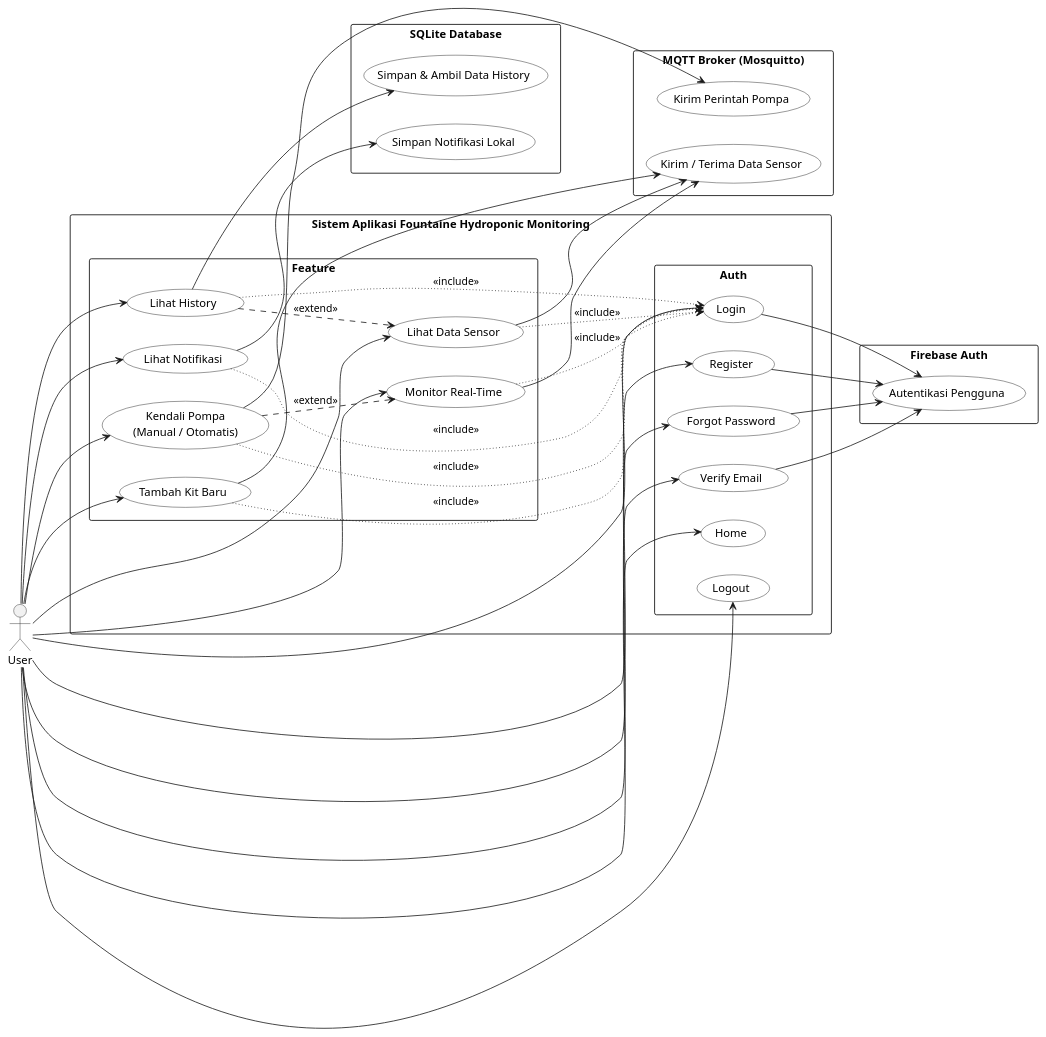
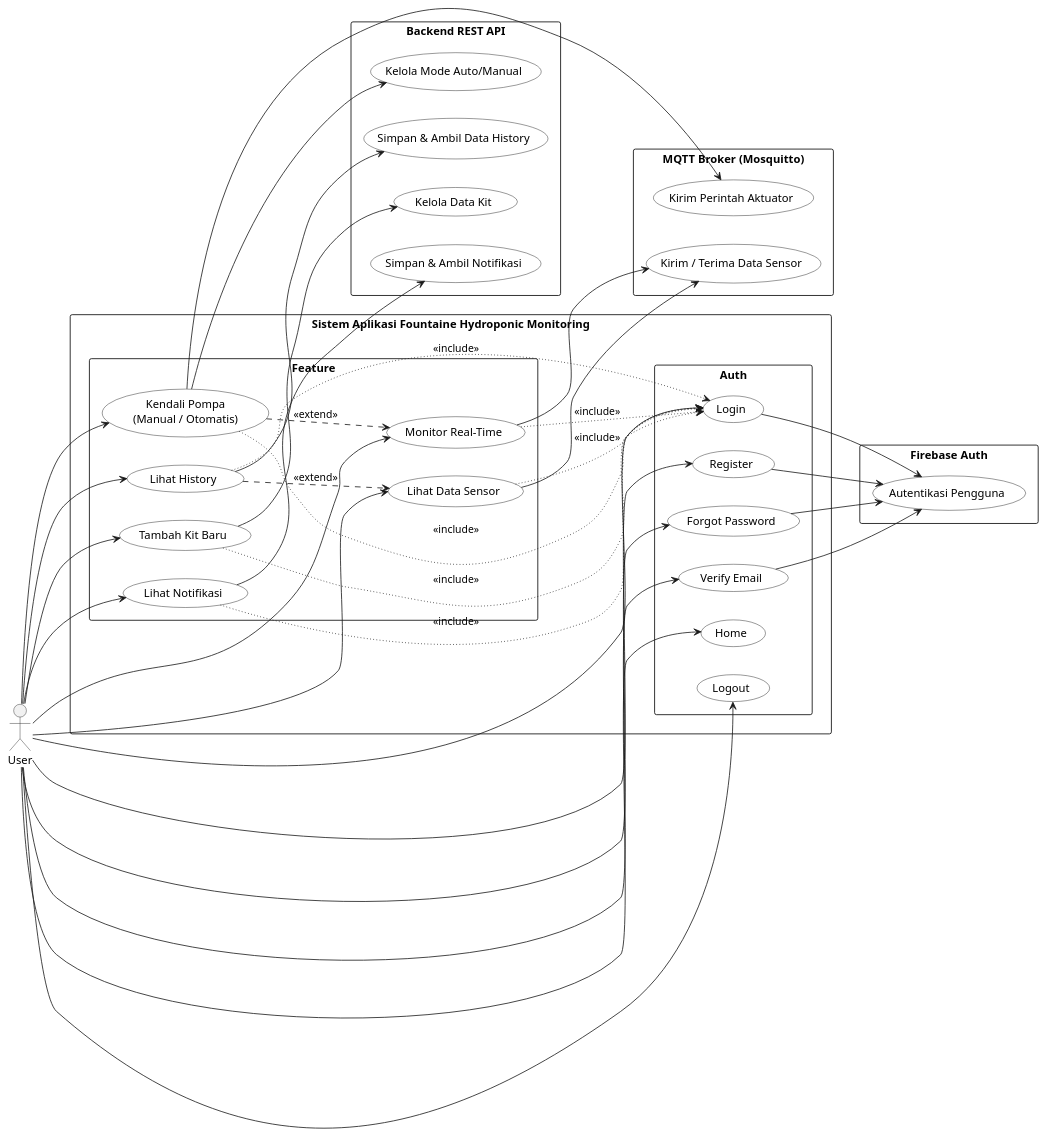
Before and after one commit to DarmawanWisnu/flutter-cea-system: the diagram in docs/diagrams/usecase/usecase_detailed.puml, drawn with PlantUML. The commit also changed 29 other files, not shown here.

```diff
--- a/docs/diagrams/usecase/usecase_detailed.puml
+++ b/docs/diagrams/usecase/usecase_detailed.puml
@@ -1,90 +1,93 @@
 @startuml
 ' === Atur arah jadi horizontal ===
 left to right direction
 skinparam actorStyle stick
 skinparam rectangle {
   BorderColor black
   BackgroundColor white
 }
 skinparam usecase {
   BackgroundColor white
   BorderColor black
 }
 
 actor "User" as User
 
 ' === Kotak Sistem Utama ===
 rectangle "Sistem Aplikasi Fountaine Hydroponic Monitoring" {
   rectangle "Feature" as Main {
     usecase "Lihat Data Sensor" as UC_Sensor
     usecase "Monitor Real-Time" as UC_Monitor
     usecase "Tambah Kit Baru" as UC_AddKit
     usecase "Kendali Pompa\n(Manual / Otomatis)" as UC_Control
     usecase "Lihat Notifikasi" as UC_Notify
     usecase "Lihat History" as UC_History
   }
 
   rectangle "Auth" as Support {
     usecase "Login" as UC_Login
     usecase "Register" as UC_Register
     usecase "Forgot Password" as UC_Forgot
     usecase "Verify Email" as UC_Verify
     usecase "Home" as UC_Home
     usecase "Logout" as UC_Logout
   }
 }
 
 ' === Sistem Eksternal ===
 rectangle "Firebase Auth" as Firebase {
   usecase "Autentikasi Pengguna" as UC_Firebase
 }
 rectangle "MQTT Broker (Mosquitto)" as MQTT {
   usecase "Kirim / Terima Data Sensor" as UC_MQTTData
-  usecase "Kirim Perintah Pompa" as UC_MQTTPump
+  usecase "Kirim Perintah Aktuator" as UC_MQTTPump
 }
-rectangle "SQLite Database" as SQLite {
-  usecase "Simpan Notifikasi Lokal" as UC_SQLiteNotif
-  usecase "Simpan & Ambil Data History" as UC_SQLiteData
+rectangle "Backend REST API" as Backend {
+  usecase "Simpan & Ambil Notifikasi" as UC_BackendNotif
+  usecase "Simpan & Ambil Data History" as UC_BackendData
+  usecase "Kelola Data Kit" as UC_BackendKit
+  usecase "Kelola Mode Auto/Manual" as UC_BackendMode
 }
 
 ' === Relasi User ===
 User --> UC_Sensor
 User --> UC_Monitor
 User --> UC_AddKit
 User --> UC_Control
 User --> UC_Notify
 User --> UC_History
 User --> UC_Home
 User --> UC_Logout
 User --> UC_Login
 User --> UC_Register
 User --> UC_Forgot
 User --> UC_Verify
 
 ' === Include ke Login (arah ke kanan) ===
 UC_Sensor -[dotted]-> UC_Login : <<include>>
 UC_AddKit -[dotted]-> UC_Login : <<include>>
 UC_Monitor -[dotted]-> UC_Login : <<include>>
 UC_Control -[dotted]-> UC_Login : <<include>>
 UC_Notify -[dotted]-> UC_Login : <<include>>
 UC_History -[dotted]-> UC_Login : <<include>>
 
 ' === Extend relationships ===
 UC_Control -[dashed]-> UC_Monitor : <<extend>>
 UC_History -[dashed]-> UC_Sensor : <<extend>>
 
 ' === Koneksi ke sistem eksternal ===
 UC_Login --> UC_Firebase
 UC_Register --> UC_Firebase
 UC_Forgot --> UC_Firebase
 UC_Verify --> UC_Firebase
 
 UC_Sensor --> UC_MQTTData
 UC_Monitor --> UC_MQTTData
 UC_Control --> UC_MQTTPump
-UC_AddKit --> UC_MQTTData
+UC_Control --> UC_BackendMode
 
-UC_Notify --> UC_SQLiteNotif
-UC_History --> UC_SQLiteData
+UC_Notify --> UC_BackendNotif
+UC_History --> UC_BackendData
+UC_AddKit --> UC_BackendKit
 
 @enduml
```
